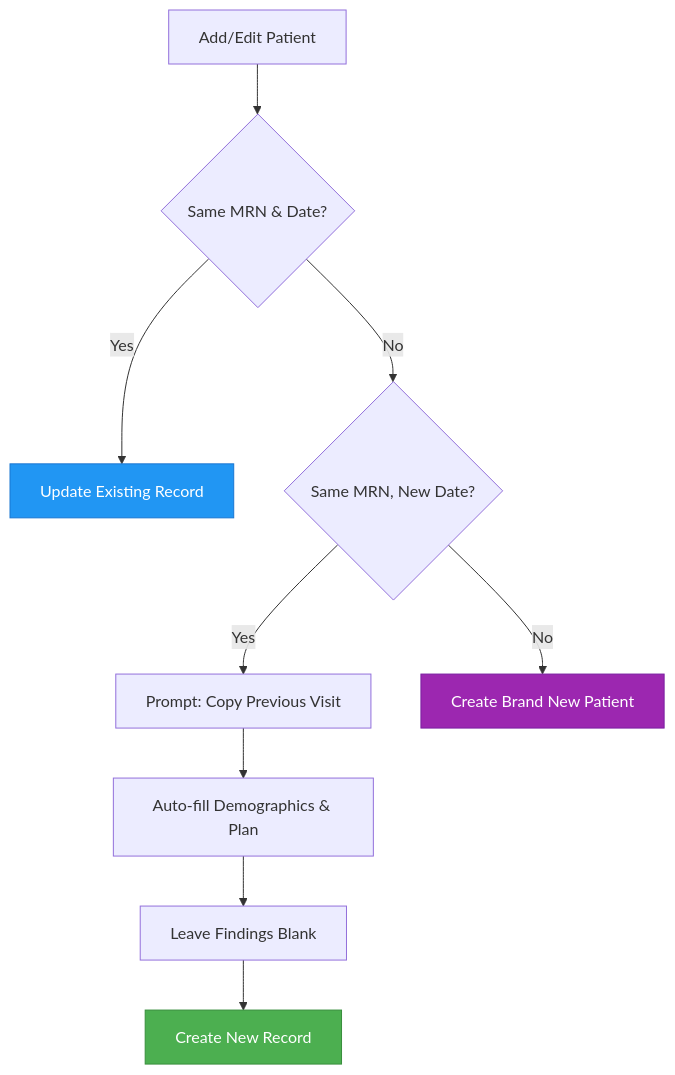
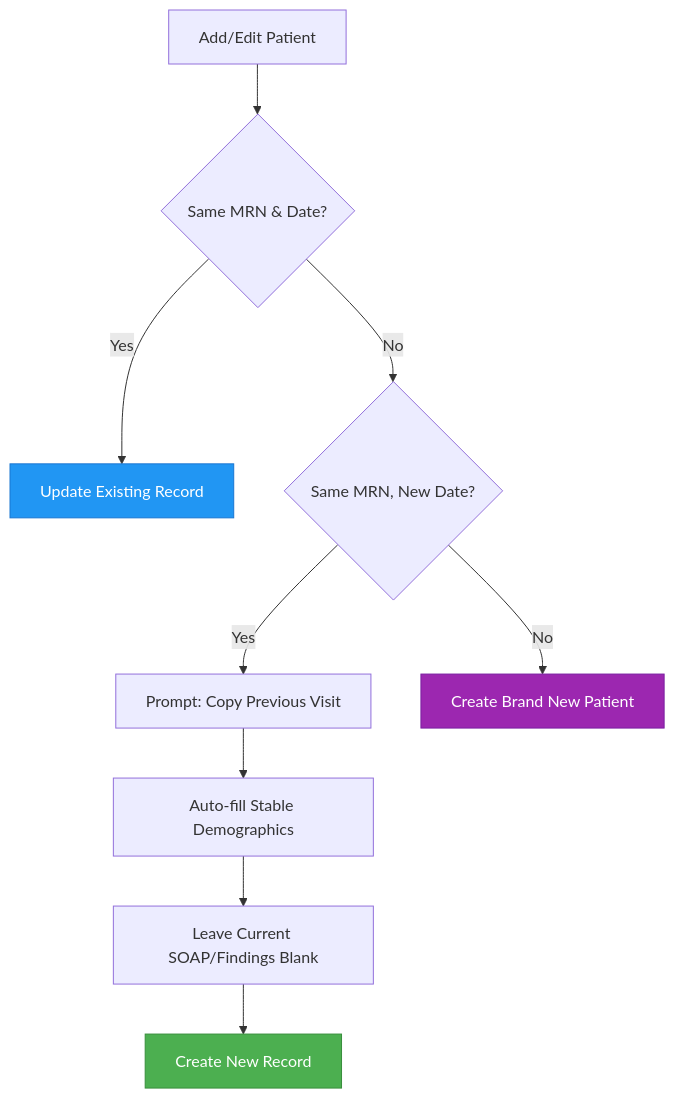
One commit to art1907/Clinical-Roundup-List changed the third of 3 diagrams in documents/USERGUIDE.md. Above: the diagram before and after it, drawn with Mermaid. The commit also changed other lines of this file and 2 other files, not shown here.

Commit message:
Enhance USERGUIDE with SOAP Note structure and update terminology for patient records. Introduce repeatable imaging cards and clarify data handling for previous visits. No SharePoint schema changes required. Add detailed layout for SOAP notes and structured plan categories.

````diff
--- a/documents/USERGUIDE.md
+++ b/documents/USERGUIDE.md
@@ -62,15 +62,15 @@
 ```mermaid
 flowchart TD
     A[Add/Edit Patient] --> B{Same MRN & Date?}
     B -- Yes --> C[Update Existing Record]
     B -- No --> D{Same MRN, New Date?}
     D -- Yes --> E[Prompt: Copy Previous Visit]
-    E --> F[Auto-fill Demographics & Plan]
-    F --> G[Leave Findings Blank]
+   E --> F[Auto-fill Stable Demographics]
+   F --> G[Leave Current SOAP/Findings Blank]
     G --> H[Create New Record]
     D -- No --> I[Create Brand New Patient]
 
     style C fill:#2196F3,stroke:#1976D2,color:#fff
     style H fill:#4CAF50,stroke:#388E3C,color:#fff
     style I fill:#9C27B0,stroke:#7B1FA2,color:#fff
 ```
````
